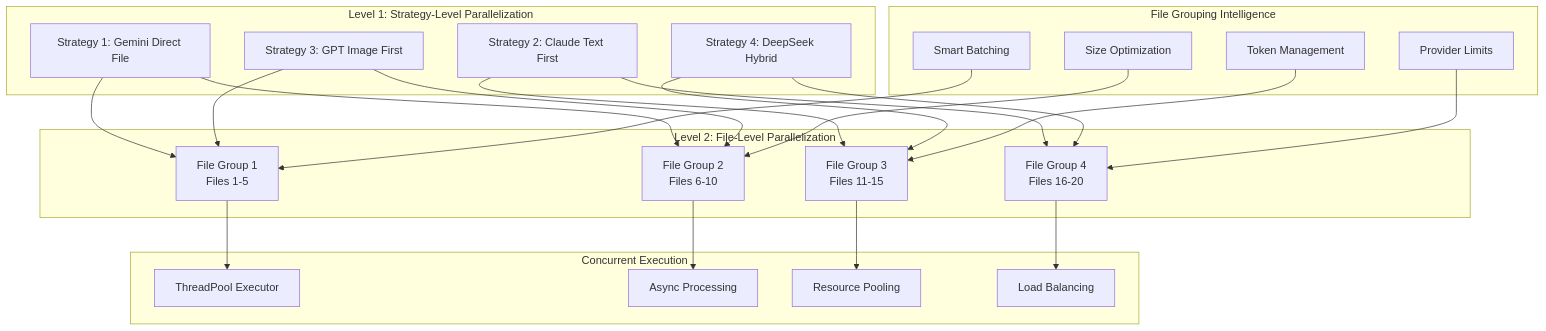
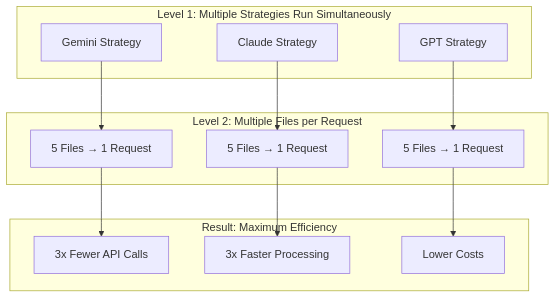
One commit to horselord-joe-8053/ultra-arena-plus changed the third of 7 diagrams in README.md. Above: the diagram before and after it, drawn with Mermaid. The commit also changed other lines of this file, not shown here.

Commit message:
Simplify and clarify Dual-Level Parallelization System
- Replace complex diagram with simplified 3-step visualization
- Add clear explanation of how both levels work together
- Use concrete example: 15 files processed with 3 API calls instead of 15
- Simplify language: 'Run multiple strategies at the same time' vs technical jargon
- Show direct cause-and-effect relationship between parallelization and efficiency gains

````diff
--- a/README.md
+++ b/README.md
@@ -168,49 +171,28 @@
 ```mermaid
 graph TB
-    subgraph "Level 1: Strategy-Level Parallelization"
-        A[Strategy 1: Gemini Direct File]
-        B[Strategy 2: Claude Text First]
-        C[Strategy 3: GPT Image First]
-        D[Strategy 4: DeepSeek Hybrid]
+    subgraph "Level 1: Multiple Strategies Run Simultaneously"
+        A[Gemini Strategy]
+        B[Claude Strategy] 
+        C[GPT Strategy]
     end
     
-    subgraph "Level 2: File-Level Parallelization"
-        E[File Group 1<br/>Files 1-5]
-        F[File Group 2<br/>Files 6-10]
-        G[File Group 3<br/>Files 11-15]
-        H[File Group 4<br/>Files 16-20]
+    subgraph "Level 2: Multiple Files per Request"
+        D[5 Files → 1 Request]
+        E[5 Files → 1 Request]
+        F[5 Files → 1 Request]
     end
     
-    subgraph "File Grouping Intelligence"
-        I[Smart Batching]
-        J[Size Optimization]
-        K[Token Management]
-        L[Provider Limits]
+    subgraph "Result: Maximum Efficiency"
+        G[3x Fewer API Calls]
+        H[3x Faster Processing]
+        I[Lower Costs]
     end
     
-    subgraph "Concurrent Execution"
-        M[ThreadPool Executor]
-        N[Async Processing]
-        O[Resource Pooling]
-        P[Load Balancing]
-    end
+    A --> D
+    B --> E
+    C --> F
     
-    A --> E
-    A --> F
-    B --> G
-    B --> H
-    C --> E
-    C --> F
     D --> G
-    D --> H
-    
-    I --> E
-    J --> F
-    K --> G
-    L --> H
-    
-    E --> M
-    F --> N
-    G --> O
-    H --> P
+    E --> H
+    F --> I
 ```
````
